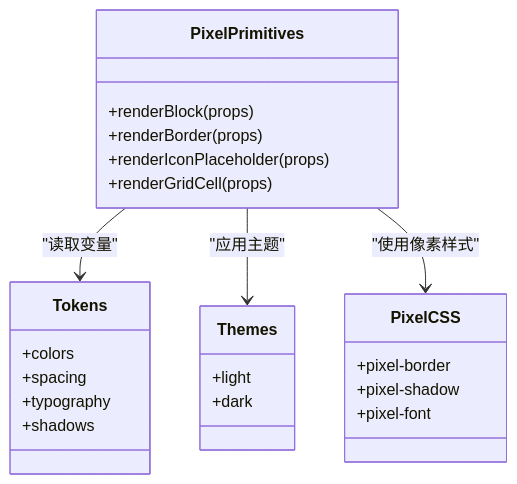
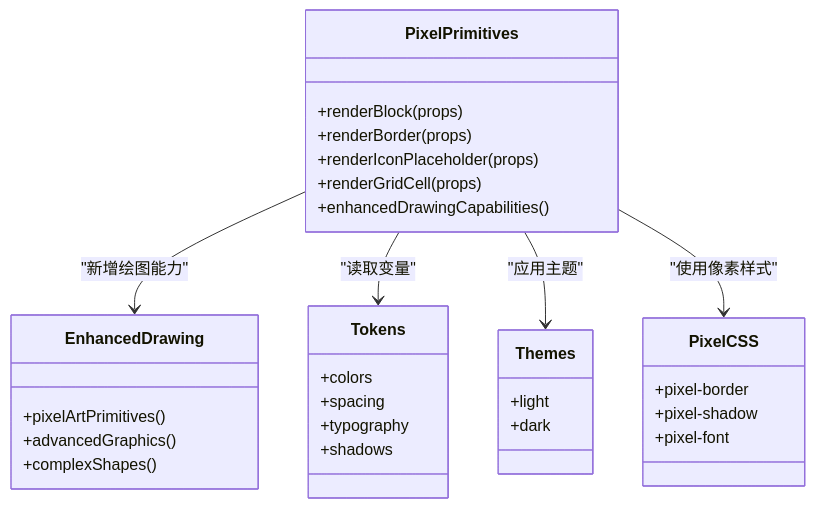
Before and after one commit to KwoskyWang/oo-space: the third of 4 diagrams in .qoder/repowiki/zh/content/架构设计/组件层次结构/原子组件.md, drawn with Mermaid. The commit also changed other lines of this file and 83 other files, not shown here.

````diff
--- a/.qoder/repowiki/zh/content/架构设计/组件层次结构/原子组件.md
+++ b/.qoder/repowiki/zh/content/架构设计/组件层次结构/原子组件.md
@@ -157,27 +170,34 @@
 ```mermaid
 classDiagram
 class PixelPrimitives {
 +renderBlock(props)
 +renderBorder(props)
 +renderIconPlaceholder(props)
 +renderGridCell(props)
++enhancedDrawingCapabilities()
+}
+class EnhancedDrawing {
++pixelArtPrimitives()
++advancedGraphics()
++complexShapes()
 }
 class Tokens {
 +colors
 +spacing
 +typography
 +shadows
 }
 class Themes {
 +light
 +dark
 }
 class PixelCSS {
 +pixel-border
 +pixel-shadow
 +pixel-font
 }
+PixelPrimitives --> EnhancedDrawing : "新增绘图能力"
 PixelPrimitives --> Tokens : "读取变量"
 PixelPrimitives --> Themes : "应用主题"
 PixelPrimitives --> PixelCSS : "使用像素样式"
 ```
````
